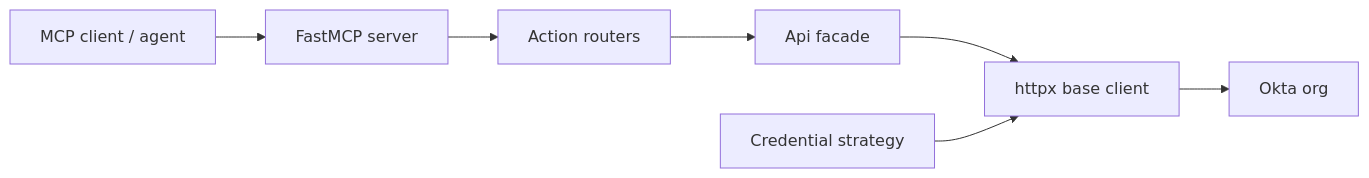
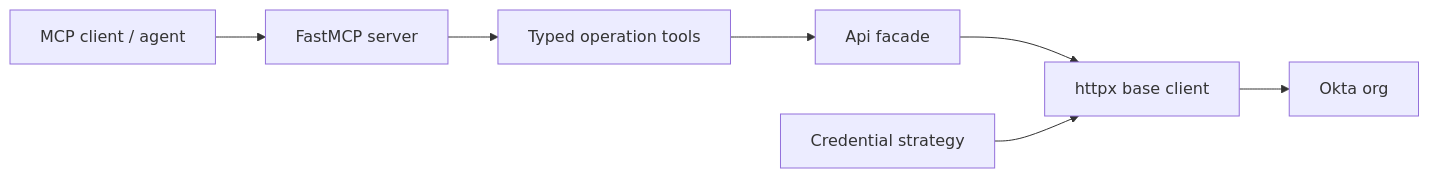
One commit to Knuckles-Team/okta-agent changed the diagram in docs/overview.md. Above: the diagram before and after it, drawn with Mermaid. The commit also changed other lines of this file and 46 other files, not shown here.

First line of the commit message:
feat(surface): typed tools, contracts, links, locations, roles and agent prompts (2.3.9) (#28)

````diff
--- a/docs/overview.md
+++ b/docs/overview.md
@@ -8,9 +8,9 @@
 ```mermaid
 flowchart LR
     A["MCP client / agent"] --> B["FastMCP server"]
-    B --> C["Action routers"]
+    B --> C["Typed operation tools"]
     C --> D["Api facade"]
     D --> E["httpx base client"]
     E --> F["Okta org"]
     G["Credential strategy"] --> E
 ```
````
